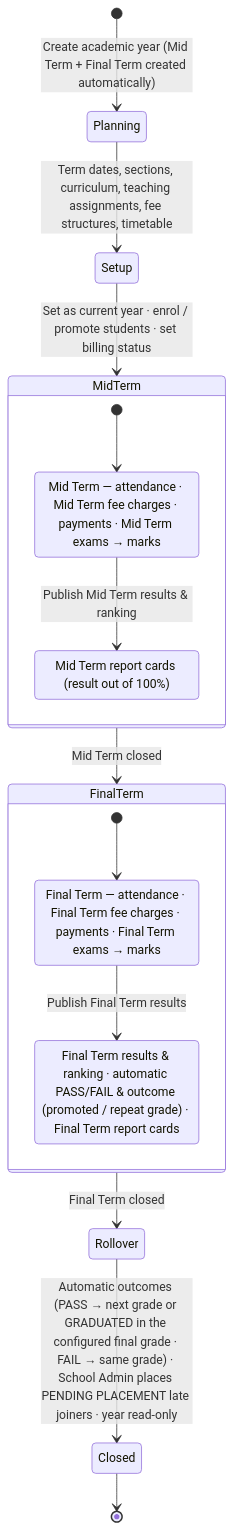
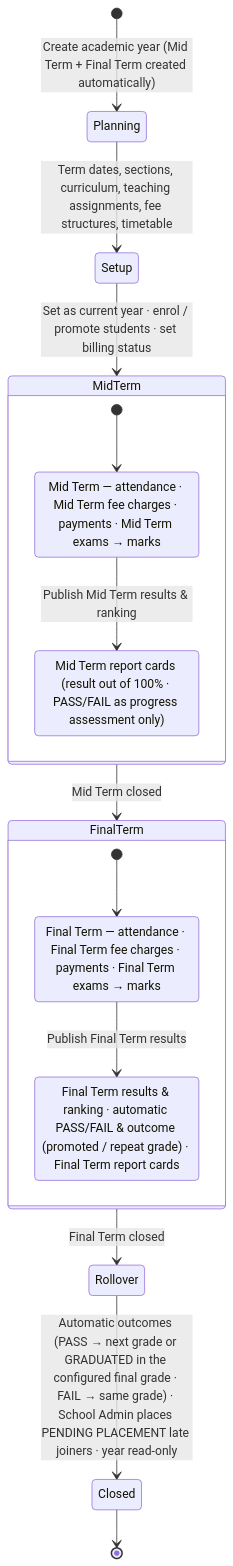
The second of 2 diagrams in docs/phase-1/05-modules.md (ismacil87/Gol-khatumo), drawn with Mermaid before and after one commit. The commit also changed other lines of this file and 9 other files, not shown here.

First line of the commit message:
docs: four-part names (C-12), mandatory guardian contact (C-13), Mid Term PASS/FAIL (C-14)

````diff
--- a/docs/phase-1/05-modules.md
+++ b/docs/phase-1/05-modules.md
@@ -87,22 +87,22 @@
 ```mermaid
 stateDiagram-v2
   [*] --> Planning: Create academic year (Mid Term + Final Term created automatically)
   Planning --> Setup: Term dates, sections, curriculum, teaching assignments, fee structures, timetable
   Setup --> MidTerm: Set as current year · enrol / promote students · set billing status
   state MidTerm {
     [*] --> MT_Run
     MT_Run: Mid Term — attendance · Mid Term fee charges · payments · Mid Term exams → marks
     MT_Run --> MT_Pub: Publish Mid Term results & ranking
-    MT_Pub: Mid Term report cards (result out of 100%)
+    MT_Pub: Mid Term report cards (result out of 100% · PASS/FAIL as progress assessment only)
   }
   MidTerm --> FinalTerm: Mid Term closed
   state FinalTerm {
     [*] --> FT_Run
     FT_Run: Final Term — attendance · Final Term fee charges · payments · Final Term exams → marks
     FT_Run --> FT_Pub: Publish Final Term results
     FT_Pub: Final Term results & ranking · automatic PASS/FAIL & outcome (promoted / repeat grade) · Final Term report cards
   }
   FinalTerm --> Rollover: Final Term closed
   Rollover --> Closed: Automatic outcomes (PASS → next grade or GRADUATED in the configured final grade · FAIL → same grade) · School Admin places PENDING PLACEMENT late joiners · year read-only
   Closed --> [*]
 ```
````
